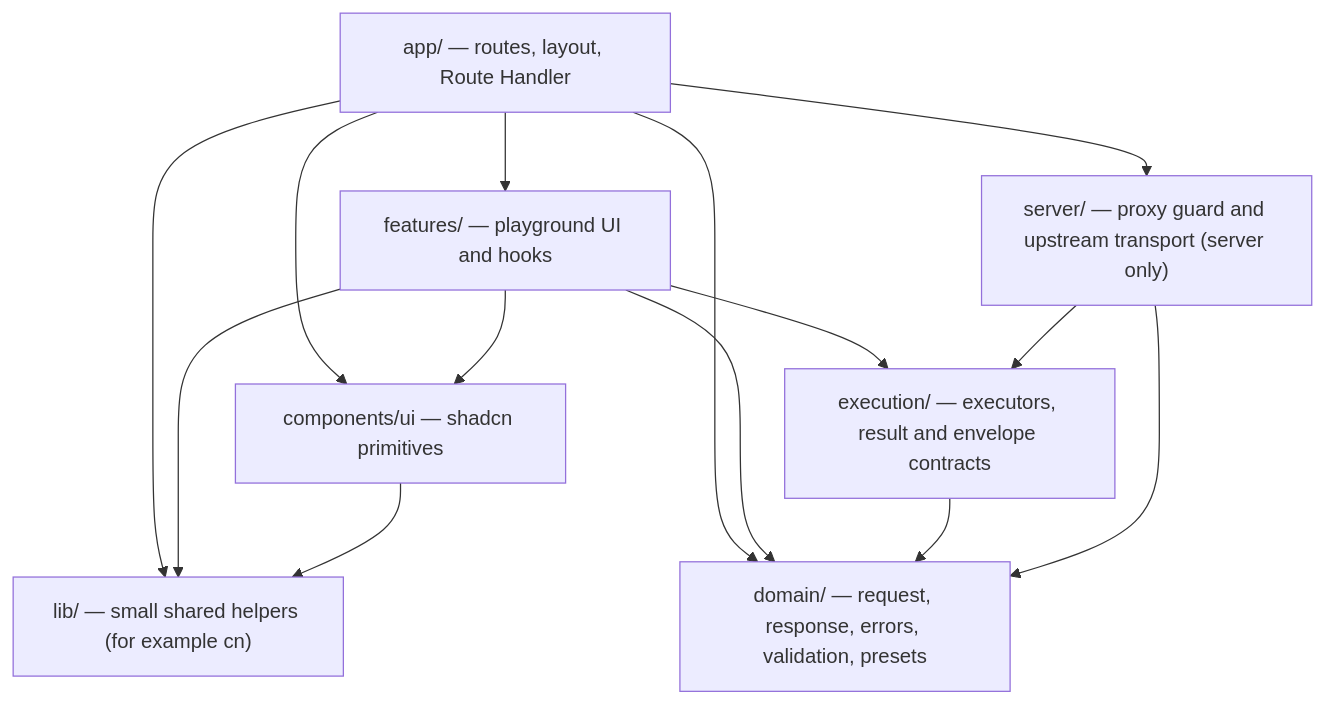
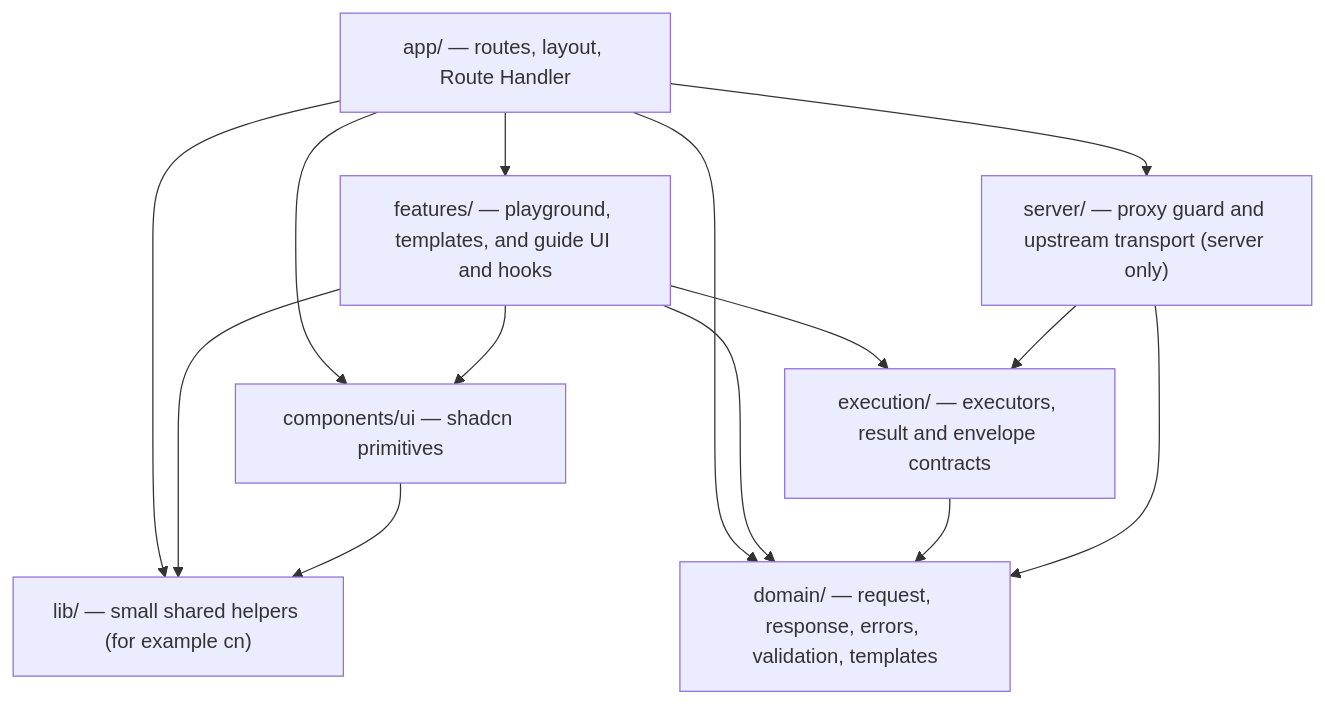
Before and after one commit to Shreyas262/RestLab: the diagram in docs/ARCHITECTURE.md, drawn with Mermaid. The commit also changed other lines of this file and 24 other files, not shown here.

First line of the commit message:
feat: replace presets with saved templates and add encrypted template storage

````diff
--- a/docs/ARCHITECTURE.md
+++ b/docs/ARCHITECTURE.md
@@ -39,24 +39,24 @@
 ```mermaid
 flowchart TD
     APP["app/ — routes, layout, Route Handler"]
-    FEAT["features/ — playground UI and hooks"]
+    FEAT["features/ — playground, templates, and guide UI and hooks"]
     UIK["components/ui — shadcn primitives"]
     LIB["lib/ — small shared helpers (for example cn)"]
-    DOM["domain/ — request, response, errors, validation, presets"]
+    DOM["domain/ — request, response, errors, validation, templates"]
     EXE["execution/ — executors, result and envelope contracts"]
     SRV["server/ — proxy guard and upstream transport (server only)"]
 
     APP --> FEAT
     APP --> SRV
     APP --> DOM
     APP --> UIK
     APP --> LIB
     FEAT --> UIK
     FEAT --> LIB
     FEAT --> EXE
     FEAT --> DOM
     UIK --> LIB
     EXE --> DOM
     SRV --> DOM
     SRV --> EXE
 ```
````
